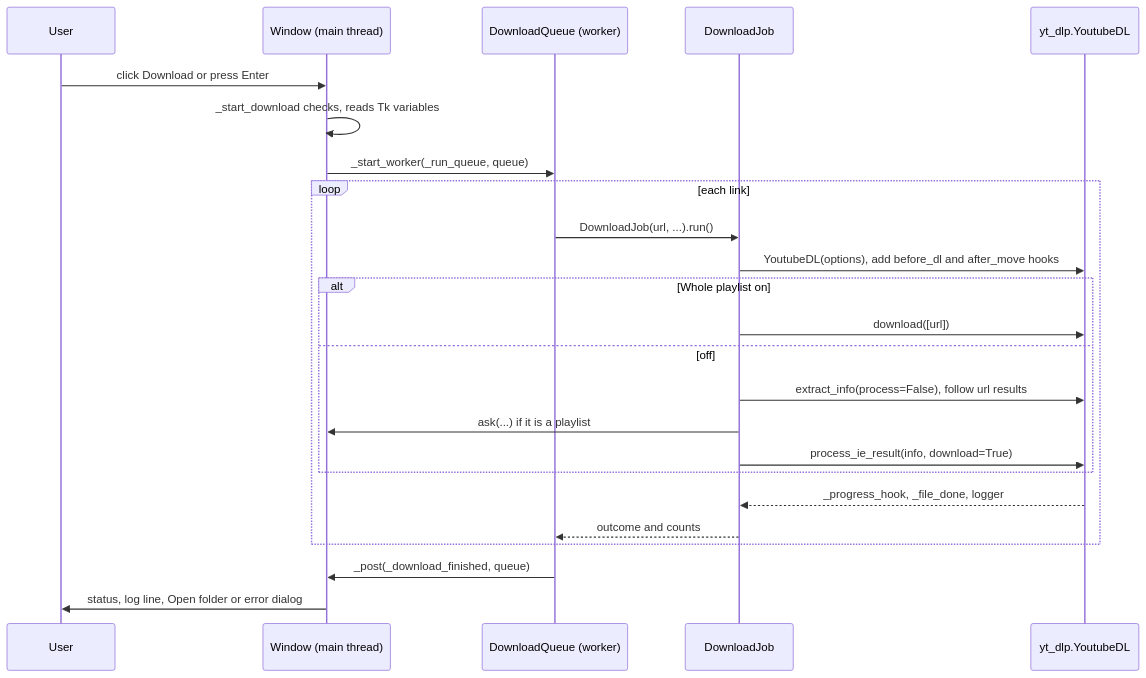
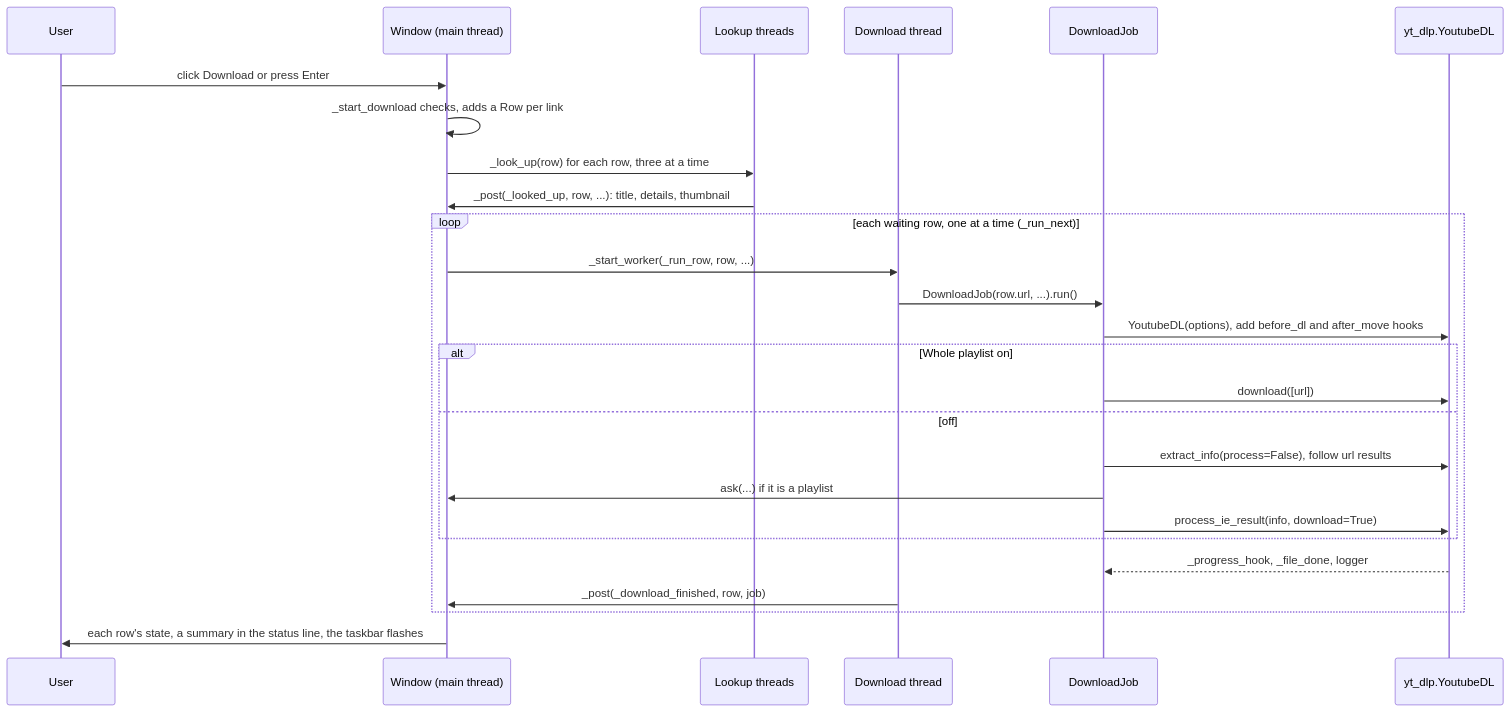
One commit to lifeupnorth/YouTubeDownloader changed the first of 2 diagrams in docs/wiki/04-download-pipeline.md. Above: the diagram before and after it, drawn with Mermaid. The commit also changed other lines of this file and 24 other files, not shown here.

````diff
--- a/docs/wiki/04-download-pipeline.md
+++ b/docs/wiki/04-download-pipeline.md
@@ -15,26 +15,28 @@
 ```mermaid
 sequenceDiagram
     participant U as User
     participant M as Window (main thread)
-    participant Q as DownloadQueue (worker)
+    participant L as Lookup threads
+    participant D as Download thread
     participant J as DownloadJob
     participant Y as yt_dlp.YoutubeDL
     U->>M: click Download or press Enter
-    M->>M: _start_download checks, reads Tk variables
-    M->>Q: _start_worker(_run_queue, queue)
-    loop each link
-        Q->>J: DownloadJob(url, ...).run()
+    M->>M: _start_download checks, adds a Row per link
+    M->>L: _look_up(row) for each row, three at a time
+    L->>M: _post(_looked_up, row, ...): title, details, thumbnail
+    loop each waiting row, one at a time (_run_next)
+        M->>D: _start_worker(_run_row, row, ...)
+        D->>J: DownloadJob(row.url, ...).run()
         J->>Y: YoutubeDL(options), add before_dl and after_move hooks
         alt Whole playlist on
             J->>Y: download([url])
         else off
             J->>Y: extract_info(process=False), follow url results
             J->>M: ask(...) if it is a playlist
             J->>Y: process_ie_result(info, download=True)
         end
         Y-->>J: _progress_hook, _file_done, logger
-        J-->>Q: outcome and counts
+        D->>M: _post(_download_finished, row, job)
     end
-    Q->>M: _post(_download_finished, queue)
-    M->>U: status, log line, Open folder or error dialog
+    M->>U: each row's state, a summary in the status line, the taskbar flashes
 ```
````
